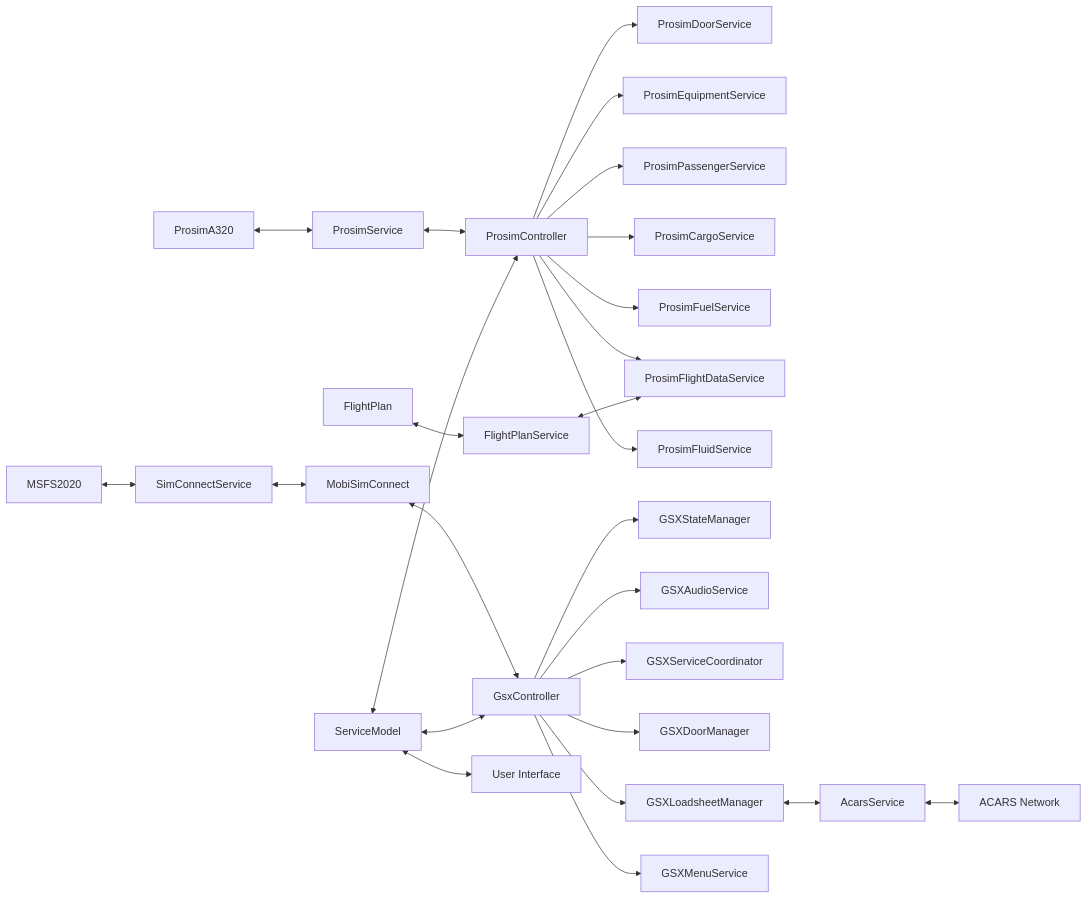
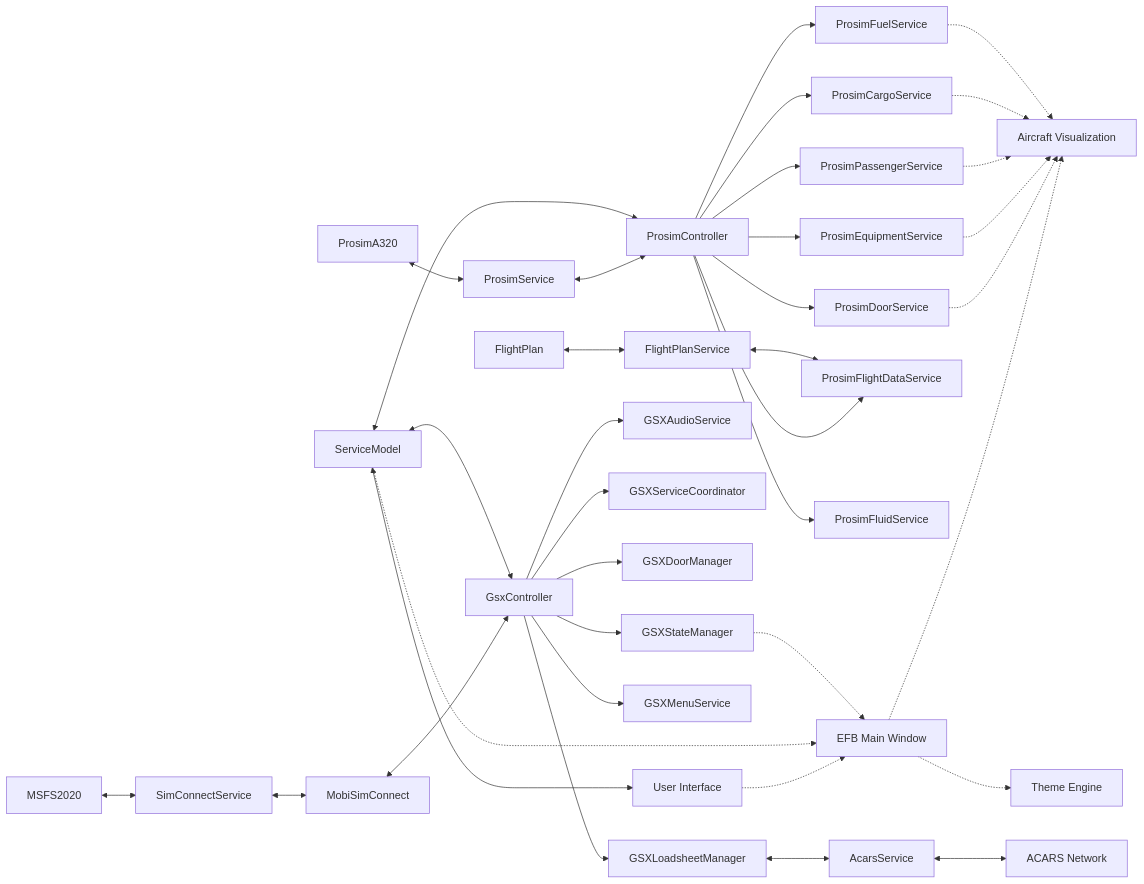
Before and after one commit to psyraxaus/Prosim2GSX: the fifth of 5 diagrams in memory-bank/systemPatterns.md, drawn with Mermaid. The commit also changed other lines of this file and 4 other files, not shown here.

````diff
--- a/memory-bank/systemPatterns.md
+++ b/memory-bank/systemPatterns.md
@@ -451,32 +544,44 @@
 ```mermaid
 flowchart LR
     A[ProsimA320] <--> B[ProsimService]
     B <--> C[ProsimController]
     D[MSFS2020] <--> E[SimConnectService]
     E <--> F[MobiSimConnect]
     F <--> G[GsxController]
     
     C --> PS1[ProsimDoorService]
     C --> PS2[ProsimEquipmentService]
     C --> PS3[ProsimPassengerService]
     C --> PS4[ProsimCargoService]
     C --> PS5[ProsimFuelService]
     C --> PS6[ProsimFlightDataService]
     C --> PS7[ProsimFluidService]
     
     G --> GS1[GSXStateManager]
     G --> GS2[GSXAudioService]
     G --> GS3[GSXServiceCoordinator]
     G --> GS4[GSXDoorManager]
     G --> GS5[GSXLoadsheetManager]
     G --> GS6[GSXMenuService]
     
     H[FlightPlan] <--> FPS[FlightPlanService]
     FPS <--> PS6
     
     GS5 <--> AC[AcarsService] <--> ACN[ACARS Network]
     
     SM[ServiceModel] <--> G
     SM <--> C
     SM <--> UI[User Interface]
+    
+    %% Future EFB UI data flow (dotted lines for planned)
+    UI -.-> EFB[EFB Main Window]
+    SM -.-> EFB
+    EFB -.-> VIS[Aircraft Visualization]
+    EFB -.-> THEME[Theme Engine]
+    GS1 -.-> EFB
+    PS1 -.-> VIS
+    PS2 -.-> VIS
+    PS3 -.-> VIS
+    PS4 -.-> VIS
+    PS5 -.-> VIS
 ```
````
